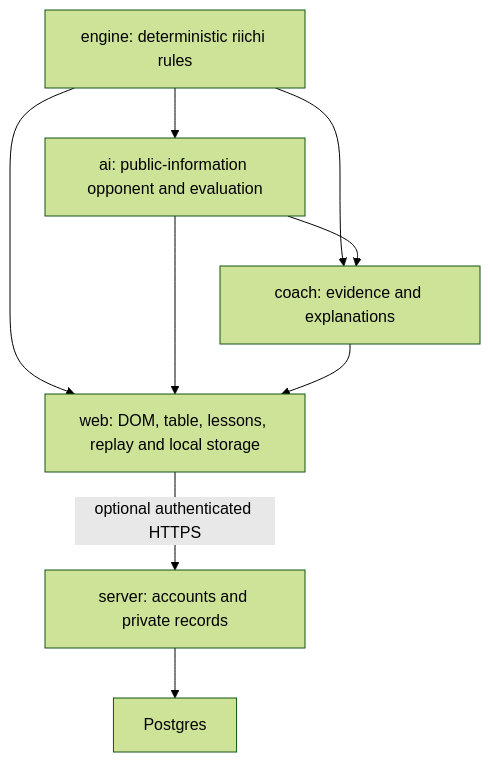
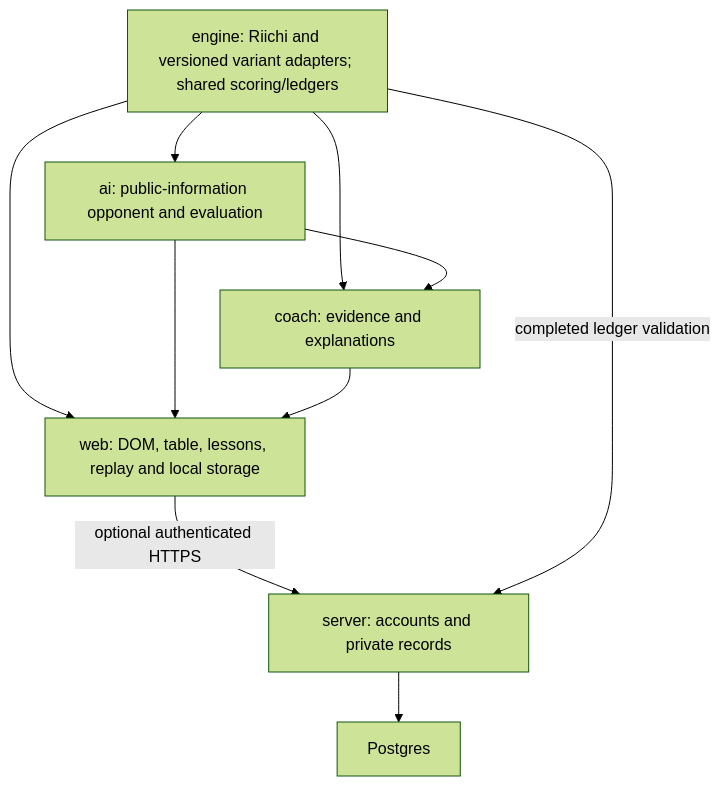
Before and after one commit to michaelhmiv/OpenMahjong: the diagram in docs/architecture/overview.md, drawn with Mermaid (forest theme). The commit also changed other lines of this file and 13 other files, not shown here.

````diff
--- a/docs/architecture/overview.md
+++ b/docs/architecture/overview.md
@@ -14,11 +12,12 @@
 ```mermaid
 flowchart TD
-  Engine["engine: deterministic riichi rules"] --> AI["ai: public-information opponent and evaluation"]
+  Engine["engine: Riichi and versioned variant adapters; shared scoring/ledgers"] --> AI["ai: public-information opponent and evaluation"]
   Engine --> Coach["coach: evidence and explanations"]
   AI --> Coach
   Engine --> Web["web: DOM, table, lessons, replay and local storage"]
   AI --> Web
   Coach --> Web
   Web -->|"optional authenticated HTTPS"| Server["server: accounts and private records"]
+  Engine -->|"completed ledger validation"| Server
   Server --> PG["Postgres"]
 ```
````
